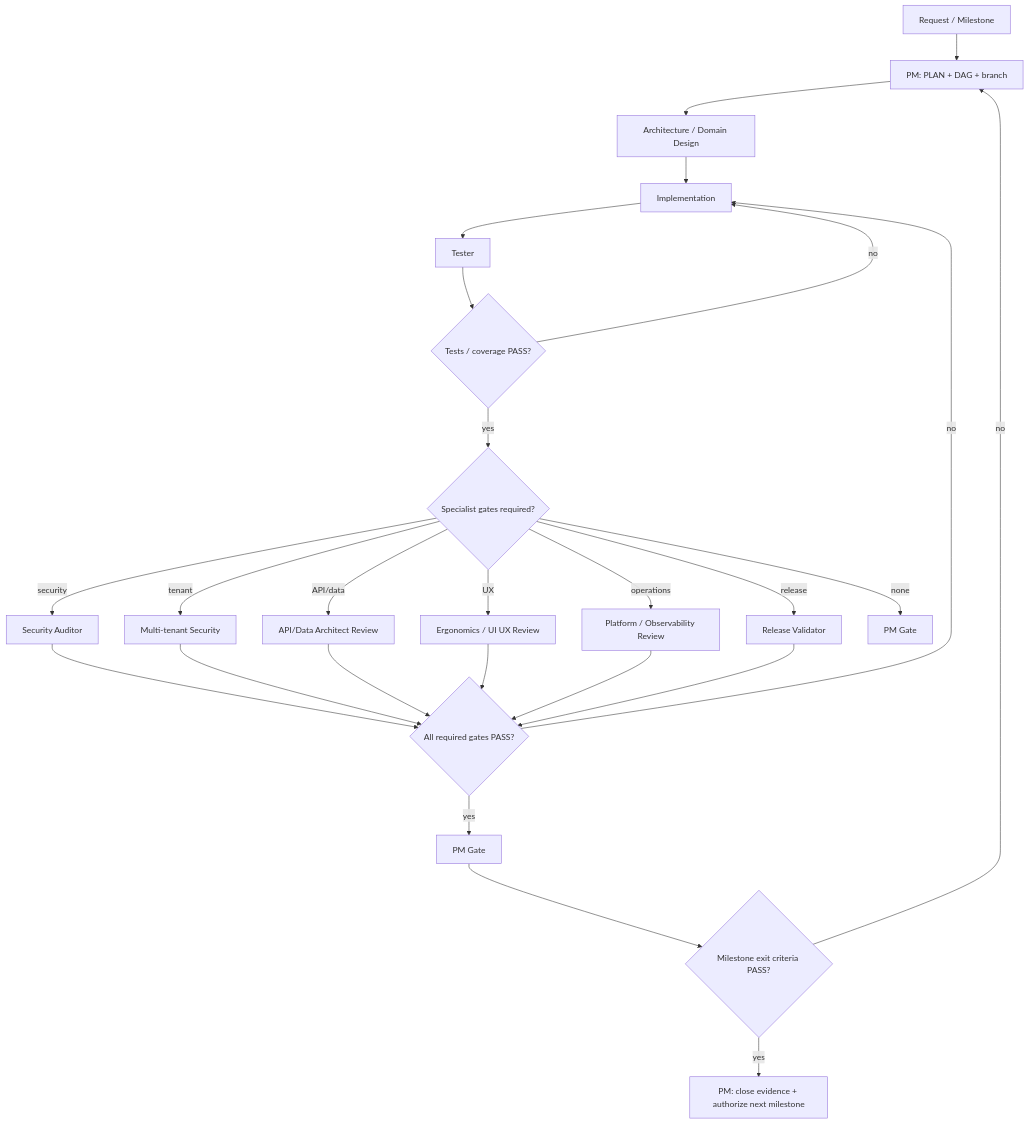
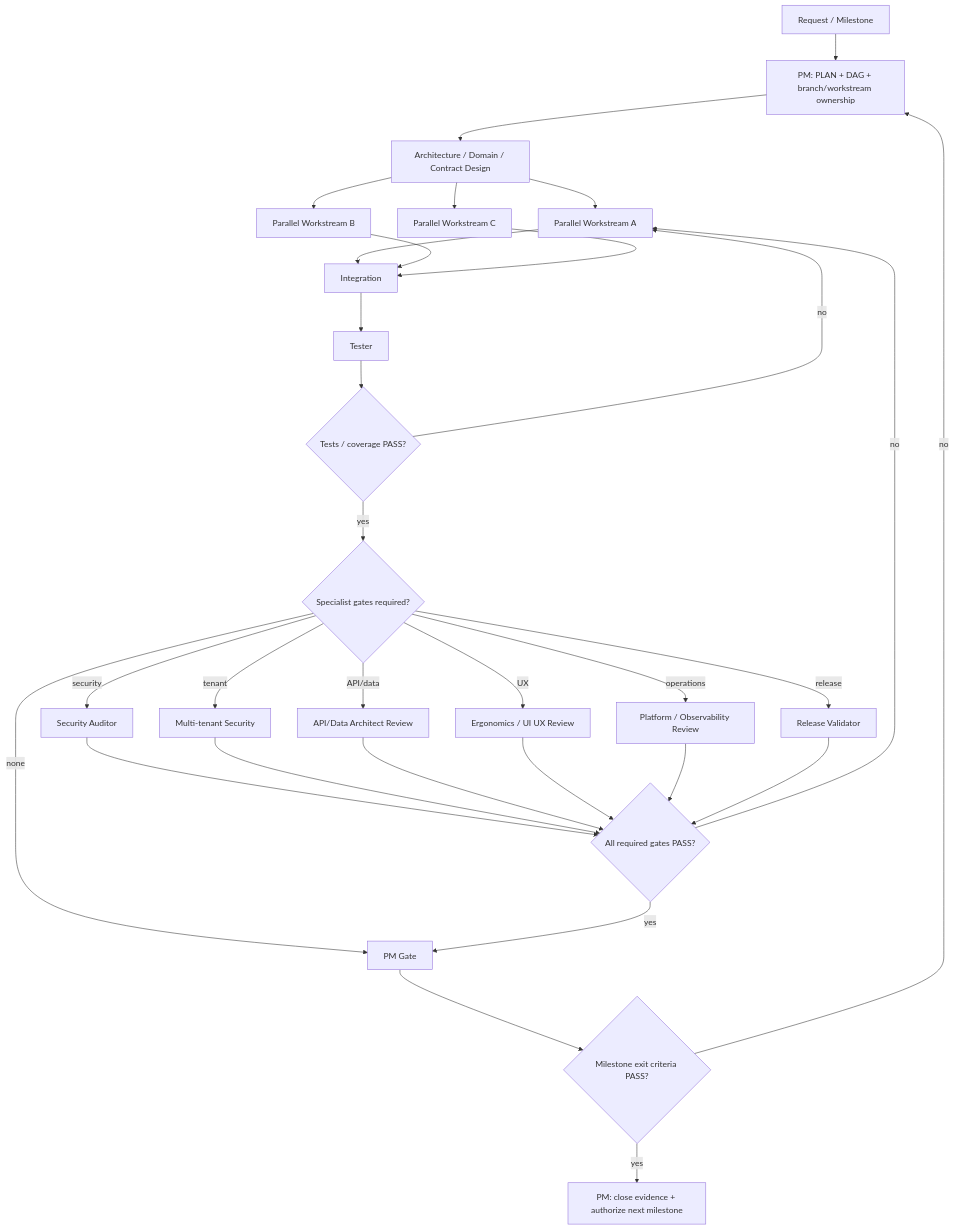
Before and after one commit to pdelebarre/halcova: the diagram in .github/skills/agentic-workflow/SKILL.md, drawn with Mermaid. The commit also changed other lines of this file, not shown here.

Commit message:
governance: add parallel agent execution protocol

````diff
--- a/.github/skills/agentic-workflow/SKILL.md
+++ b/.github/skills/agentic-workflow/SKILL.md
@@ -114,28 +213,33 @@
 ```mermaid
 graph TD
-  A[Request / Milestone] --> B[PM: PLAN + DAG + branch]
-  B --> C[Architecture / Domain Design]
-  C --> D[Implementation]
-  D --> E[Tester]
-  E --> F{Tests / coverage PASS?}
-  F -- no --> D
-  F -- yes --> G{Specialist gates required?}
-  G -- security --> H[Security Auditor]
-  G -- tenant --> I[Multi-tenant Security]
-  G -- API/data --> J[API/Data Architect Review]
-  G -- UX --> K[Ergonomics / UI UX Review]
-  G -- operations --> L[Platform / Observability Review]
-  G -- release --> M[Release Validator]
-  G -- none --> N[PM Gate]
-  H --> O{All required gates PASS?}
-  I --> O
-  J --> O
-  K --> O
-  L --> O
-  M --> O
-  O -- no --> D
-  O -- yes --> P[PM Gate]
-  P --> Q{Milestone exit criteria PASS?}
+  A[Request / Milestone] --> B[PM: PLAN + DAG + branch/workstream ownership]
+  B --> C[Architecture / Domain / Contract Design]
+  C --> D1[Parallel Workstream A]
+  C --> D2[Parallel Workstream B]
+  C --> D3[Parallel Workstream C]
+  D1 --> E[Integration]
+  D2 --> E
+  D3 --> E
+  E --> F[Tester]
+  F --> G{Tests / coverage PASS?}
+  G -- no --> D1
+  G -- yes --> H{Specialist gates required?}
+  H -- security --> I[Security Auditor]
+  H -- tenant --> J[Multi-tenant Security]
+  H -- API/data --> K[API/Data Architect Review]
+  H -- UX --> L[Ergonomics / UI UX Review]
+  H -- operations --> M[Platform / Observability Review]
+  H -- release --> N[Release Validator]
+  H -- none --> O[PM Gate]
+  I --> P{All required gates PASS?}
+  J --> P
+  K --> P
+  L --> P
+  M --> P
+  N --> P
+  P -- no --> D1
+  P -- yes --> O
+  O --> Q{Milestone exit criteria PASS?}
   Q -- no --> B
   Q -- yes --> R[PM: close evidence + authorize next milestone]
 ```
````
